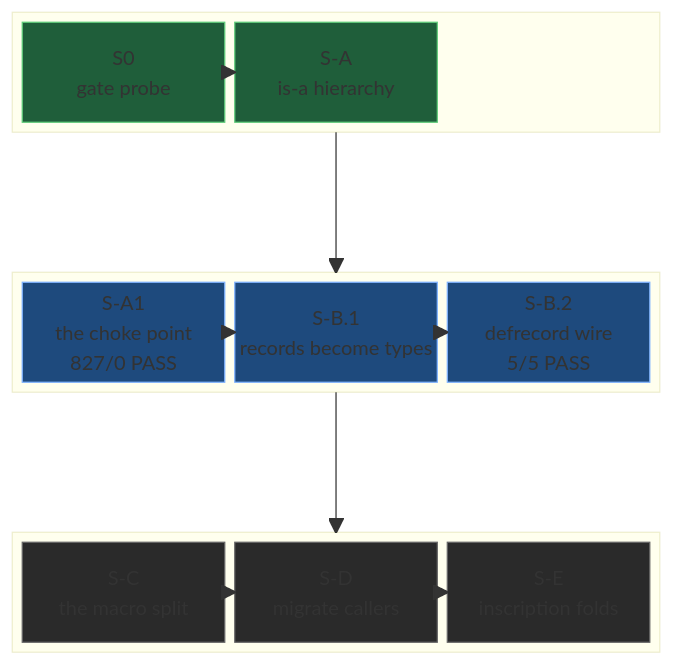
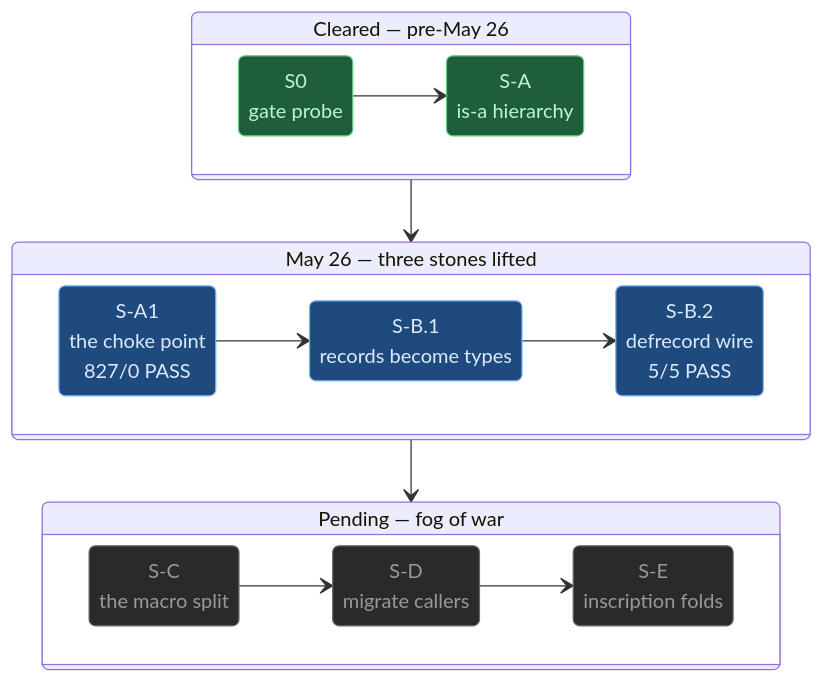
Before and after one commit to watmin/algebraic-intelligence.dev: the diagram in src/content/docs/blog/story/series-006-019-records-become-types.md, drawn with Mermaid.

Commit message:
story: 019 boss-map — switch to stateDiagram-v2 (composite states)
block-beta's grid model fundamentally can't space adjacent cells apart,
so within-row arrows always collapse to triangles. stateDiagram-v2 is
the right primitive — composite states map cleanly to our quest-phase
grouping, support `direction LR` inside, and render arrows with full
tails (real arrowheads, real lines, not glyphs squeezed between
adjacent grid cells).

Three composite states (Cleared / May 26 / Pending), each with
direction LR inside. Outer direction TB. Within-state arrows
inside each composite block; between-state arrows at the top level.
Same dungeon styling via classDef + class assignments.

If stateDiagram-v2's direction LR inside composite states works (no
flowchart subgraph bug carryover), we get everything we wanted from
the start — native mermaid, real arrows, proper spacing.

````diff
--- a/src/content/docs/blog/story/series-006-019-records-become-types.md
+++ b/src/content/docs/blog/story/series-006-019-records-become-types.md
@@ -24,45 +24,45 @@
 ```mermaid
-block-beta
-columns 1
+stateDiagram-v2
+direction TB
 
-block:cleared_row
-    columns 3
-    S0["S0<br/>gate probe"] SA["S-A<br/>is-a hierarchy"] space
-end
+state "Cleared — pre-May 26" as cleared_grp {
+    direction LR
+    S0: S0<br/>gate probe
+    SA: S-A<br/>is-a hierarchy
+    S0 --> SA
+}
 
-space
+state "May 26 — three stones lifted" as today_grp {
+    direction LR
+    SA1: S-A1<br/>the choke point<br/>827/0 PASS
+    SB1: S-B.1<br/>records become types
+    SB2: S-B.2<br/>defrecord wire<br/>5/5 PASS
+    SA1 --> SB1
+    SB1 --> SB2
+}
 
-block:today_row
-    columns 3
-    SA1["S-A1<br/>the choke point<br/>827/0 PASS"] SB1["S-B.1<br/>records become types"] SB2["S-B.2<br/>defrecord wire<br/>5/5 PASS"]
-end
+state "Pending — fog of war" as pending_grp {
+    direction LR
+    SC: S-C<br/>the macro split
+    SD: S-D<br/>migrate callers
+    SE: S-E<br/>inscription folds
+    SC --> SD
+    SD --> SE
+}
 
-space
-
-block:pending_row
-    columns 3
-    SC["S-C<br/>the macro split"] SD["S-D<br/>migrate callers"] SE["S-E<br/>inscription folds"]
-end
-
-S0 --> SA
-SA1 --> SB1
-SB1 --> SB2
-SC --> SD
-SD --> SE
-
-cleared_row --> today_row
-today_row --> pending_row
+cleared_grp --> today_grp
+today_grp --> pending_grp
 
 classDef cleared fill:#1f5e3a,stroke:#5fcc7a,color:#bff6cb
 classDef today fill:#1e4a7d,stroke:#7fb3ff,color:#dde9ff
 classDef pending fill:#2a2a2a,stroke:#666,color:#999
 
 class S0 cleared
 class SA cleared
 class SA1 today
 class SB1 today
 class SB2 today
 class SC pending
 class SD pending
 class SE pending
 ```
````
